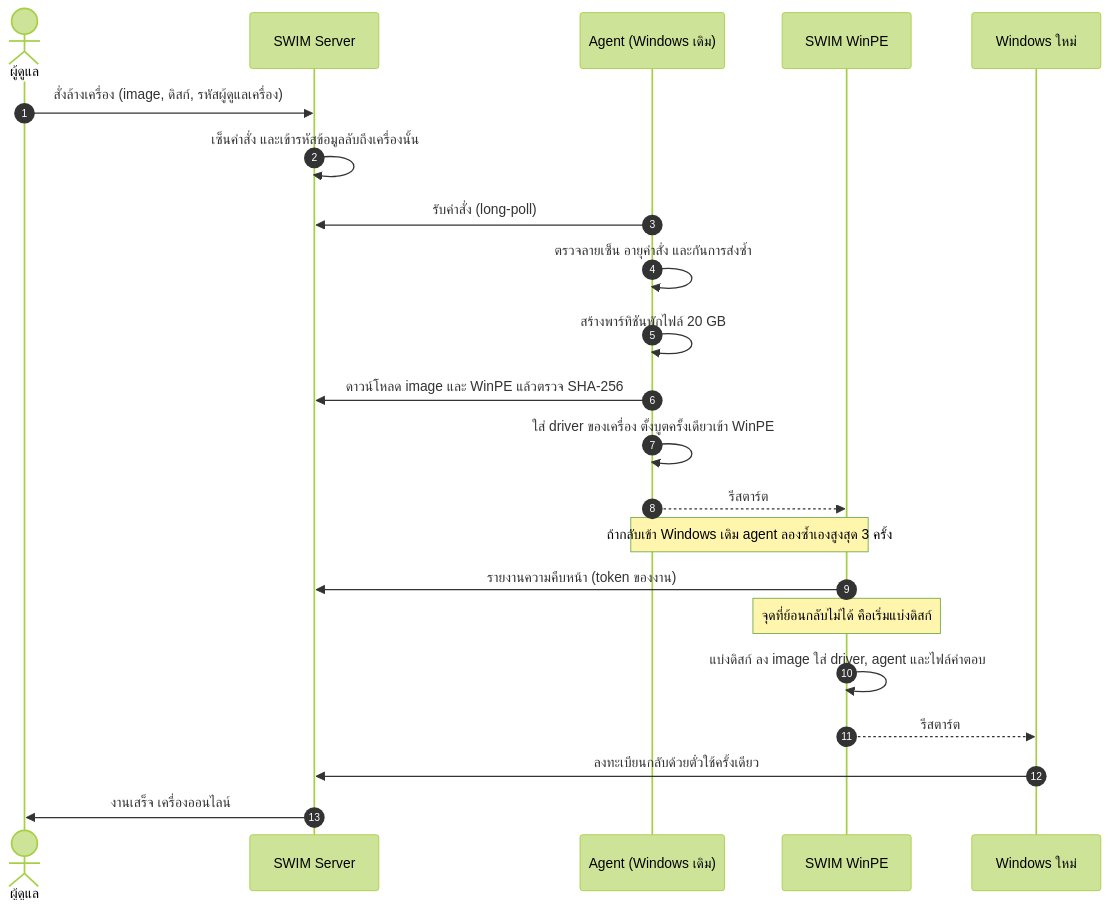
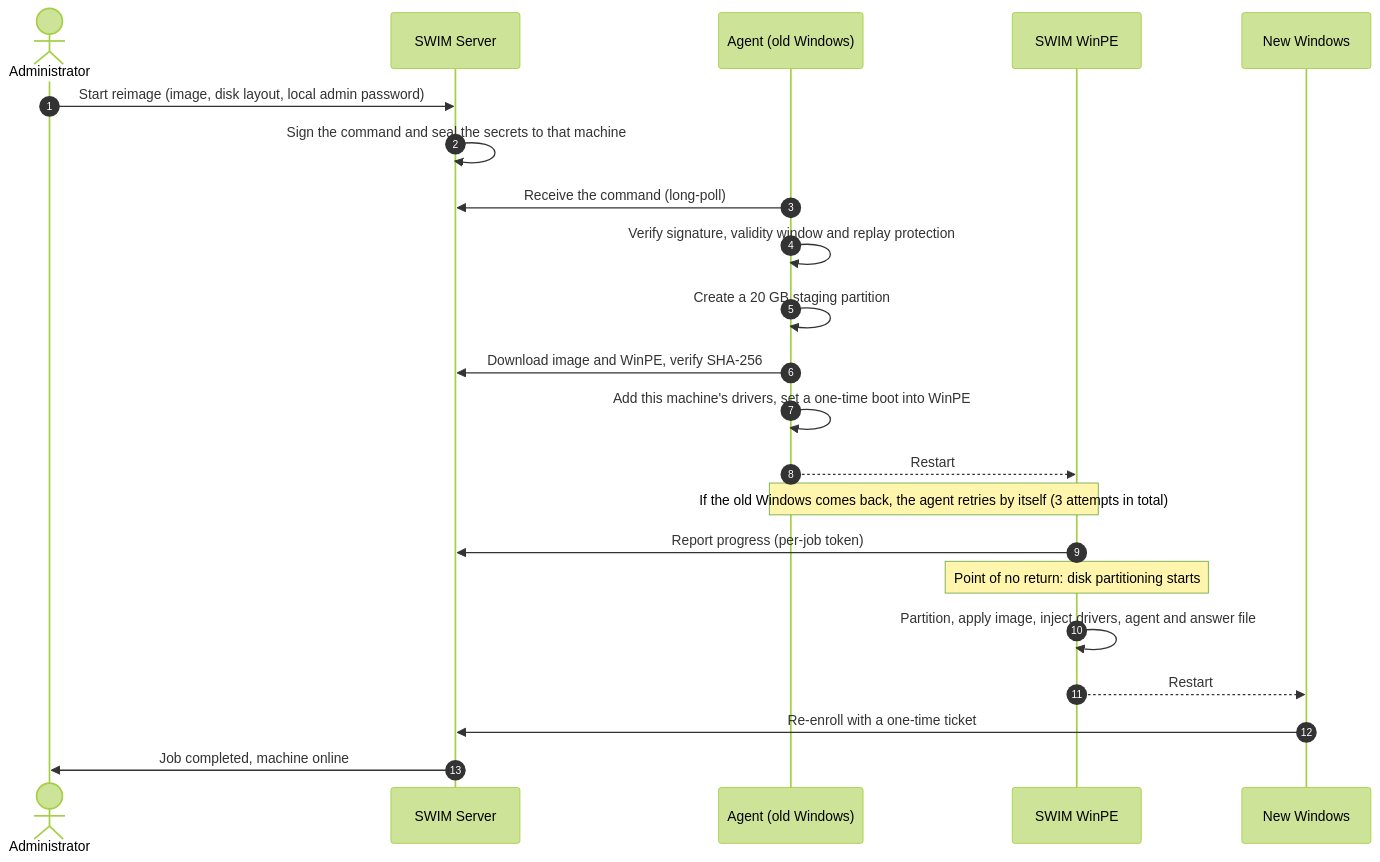
One commit to bluebox-dev/Swim changed the third of 5 diagrams in README.md. Above: the diagram before and after it, drawn with Mermaid (forest theme). The commit also changed other lines of this file and 28 other files, not shown here.

````diff
--- a/README.md
+++ b/README.md
@@ -152,25 +164,25 @@
 ```mermaid
 sequenceDiagram
     autonumber
-    actor A as ผู้ดูแล
+    actor A as Administrator
     participant S as SWIM Server
-    participant G as Agent (Windows เดิม)
+    participant G as Agent (old Windows)
     participant P as SWIM WinPE
-    participant N as Windows ใหม่
+    participant N as New Windows
 
-    A->>S: สั่งล้างเครื่อง (image, ดิสก์, รหัสผู้ดูแลเครื่อง)
-    S->>S: เซ็นคำสั่ง และเข้ารหัสข้อมูลลับถึงเครื่องนั้น
-    G->>S: รับคำสั่ง (long-poll)
-    G->>G: ตรวจลายเซ็น อายุคำสั่ง และกันการส่งซ้ำ
-    G->>G: สร้างพาร์ทิชันพักไฟล์ 20 GB
-    G->>S: ดาวน์โหลด image และ WinPE แล้วตรวจ SHA-256
-    G->>G: ใส่ driver ของเครื่อง ตั้งบูตครั้งเดียวเข้า WinPE
-    G-->>P: รีสตาร์ต
-    Note over G,P: ถ้ากลับเข้า Windows เดิม agent ลองซ้ำเองสูงสุด 3 ครั้ง
-    P->>S: รายงานความคืบหน้า (token ของงาน)
-    Note over P: จุดที่ย้อนกลับไม่ได้ คือเริ่มแบ่งดิสก์
-    P->>P: แบ่งดิสก์ ลง image ใส่ driver, agent และไฟล์คำตอบ
-    P-->>N: รีสตาร์ต
-    N->>S: ลงทะเบียนกลับด้วยตั๋วใช้ครั้งเดียว
-    S->>A: งานเสร็จ เครื่องออนไลน์
+    A->>S: Start reimage (image, disk layout, local admin password)
+    S->>S: Sign the command and seal the secrets to that machine
+    G->>S: Receive the command (long-poll)
+    G->>G: Verify signature, validity window and replay protection
+    G->>G: Create a 20 GB staging partition
+    G->>S: Download image and WinPE, verify SHA-256
+    G->>G: Add this machine's drivers, set a one-time boot into WinPE
+    G-->>P: Restart
+    Note over G,P: If the old Windows comes back, the agent retries by itself (3 attempts in total)
+    P->>S: Report progress (per-job token)
+    Note over P: Point of no return: disk partitioning starts
+    P->>P: Partition, apply image, inject drivers, agent and answer file
+    P-->>N: Restart
+    N->>S: Re-enroll with a one-time ticket
+    S->>A: Job completed, machine online
 ```
````
